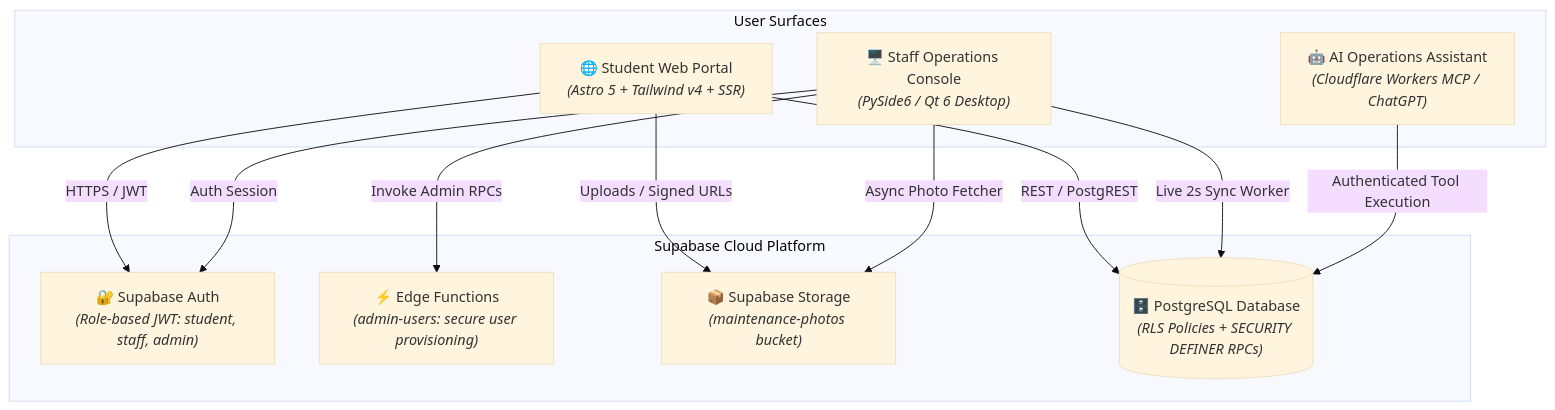
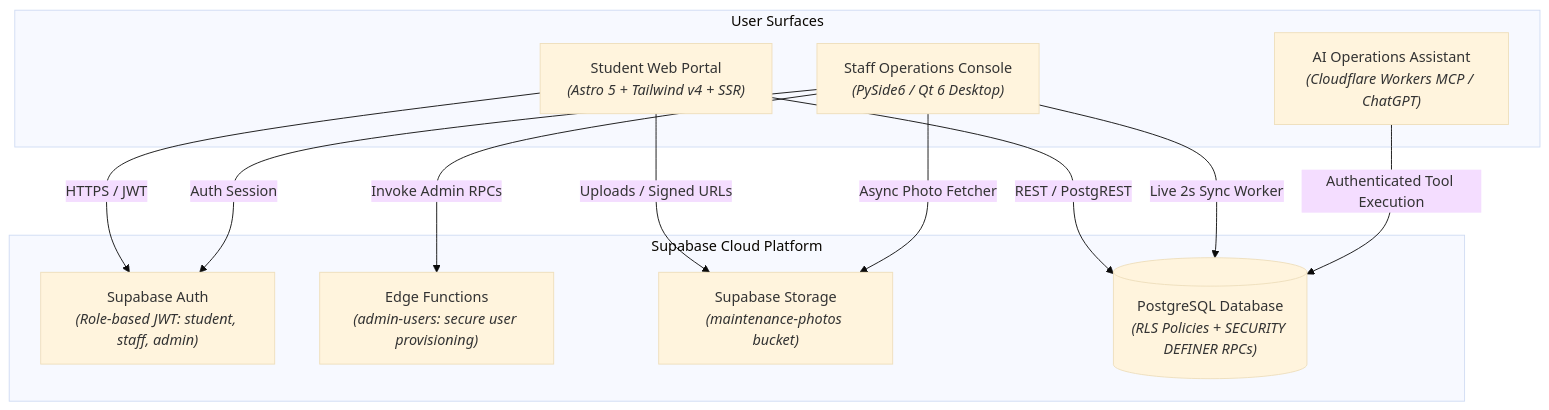
One commit to anesdevv/residence-management-system changed the diagram in README.md. Above: the diagram before and after it, drawn with Mermaid (base theme). The commit also changed other lines of this file, not shown here.

````diff
--- a/README.md
+++ b/README.md
@@ -46,26 +45,26 @@
 ```mermaid
 flowchart TD
     subgraph Clients["User Surfaces"]
-        Web["🌐 Student Web Portal<br/><i>(Astro 5 + Tailwind v4 + SSR)</i>"]
-        Desktop["🖥️ Staff Operations Console<br/><i>(PySide6 / Qt 6 Desktop)</i>"]
-        MCP["🤖 AI Operations Assistant<br/><i>(Cloudflare Workers MCP / ChatGPT)</i>"]
+        Web["Student Web Portal<br/><i>(Astro 5 + Tailwind v4 + SSR)</i>"]
+        Desktop["Staff Operations Console<br/><i>(PySide6 / Qt 6 Desktop)</i>"]
+        MCP["AI Operations Assistant<br/><i>(Cloudflare Workers MCP / ChatGPT)</i>"]
     end
 
     subgraph Backend["Supabase Cloud Platform"]
-        Auth["🔐 Supabase Auth<br/><i>(Role-based JWT: student, staff, admin)</i>"]
-        Edge["⚡ Edge Functions<br/><i>(admin-users: secure user provisioning)</i>"]
-        Storage["📦 Supabase Storage<br/><i>(maintenance-photos bucket)</i>"]
-        Postgres[("🗄️ PostgreSQL Database<br/><i>(RLS Policies + SECURITY DEFINER RPCs)</i>")]
+        Auth["Supabase Auth<br/><i>(Role-based JWT: student, staff, admin)</i>"]
+        Edge["Edge Functions<br/><i>(admin-users: secure user provisioning)</i>"]
+        Storage["Supabase Storage<br/><i>(maintenance-photos bucket)</i>"]
+        Postgres[("PostgreSQL Database<br/><i>(RLS Policies + SECURITY DEFINER RPCs)</i>")]
     end
 
     Web -->|HTTPS / JWT| Auth
     Web -->|Uploads / Signed URLs| Storage
     Web -->|REST / PostgREST| Postgres
 
     Desktop -->|Live 2s Sync Worker| Postgres
     Desktop -->|Async Photo Fetcher| Storage
     Desktop -->|Invoke Admin RPCs| Edge
     Desktop -->|Auth Session| Auth
 
     MCP -->|Authenticated Tool Execution| Postgres
 ```
````
